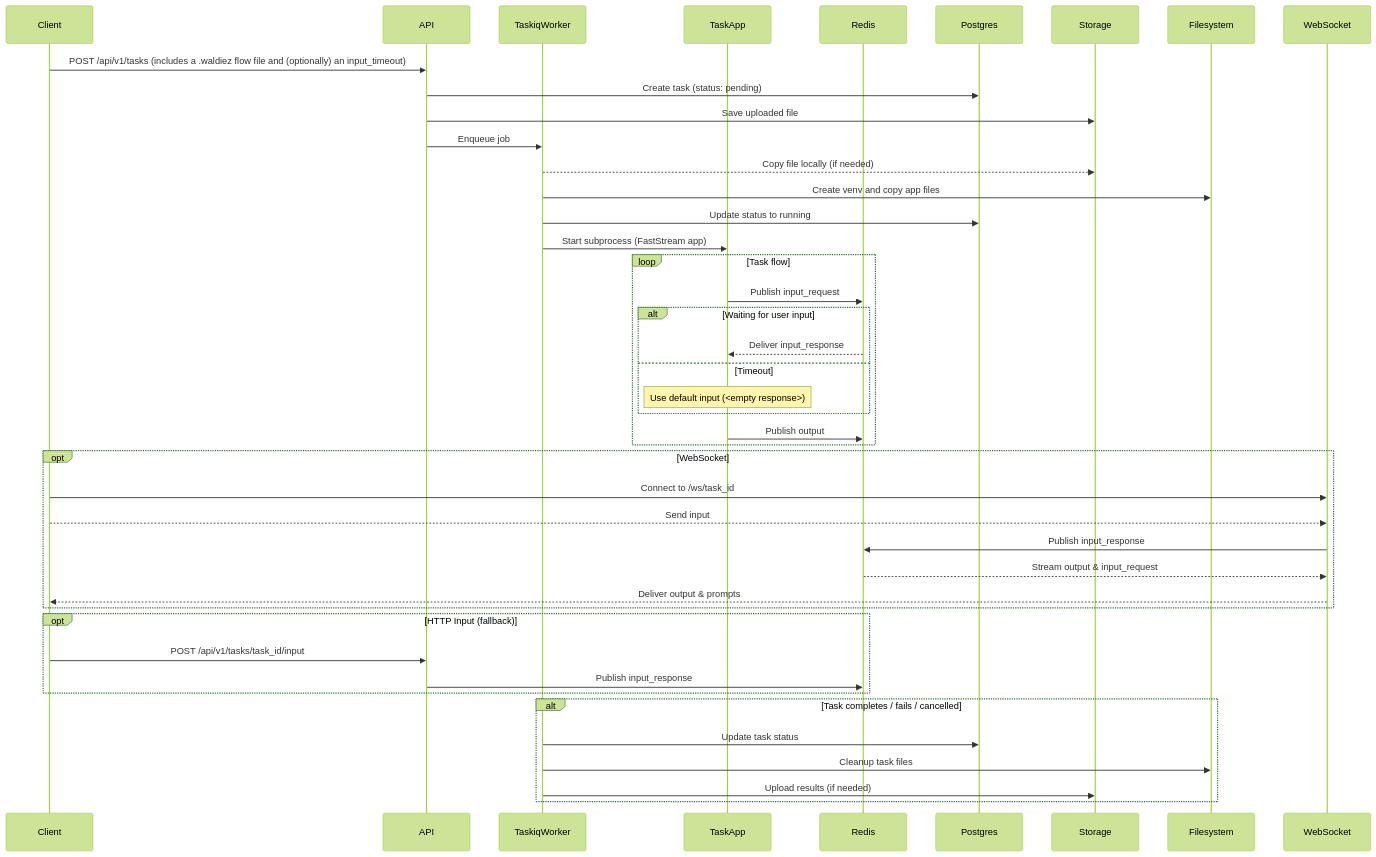
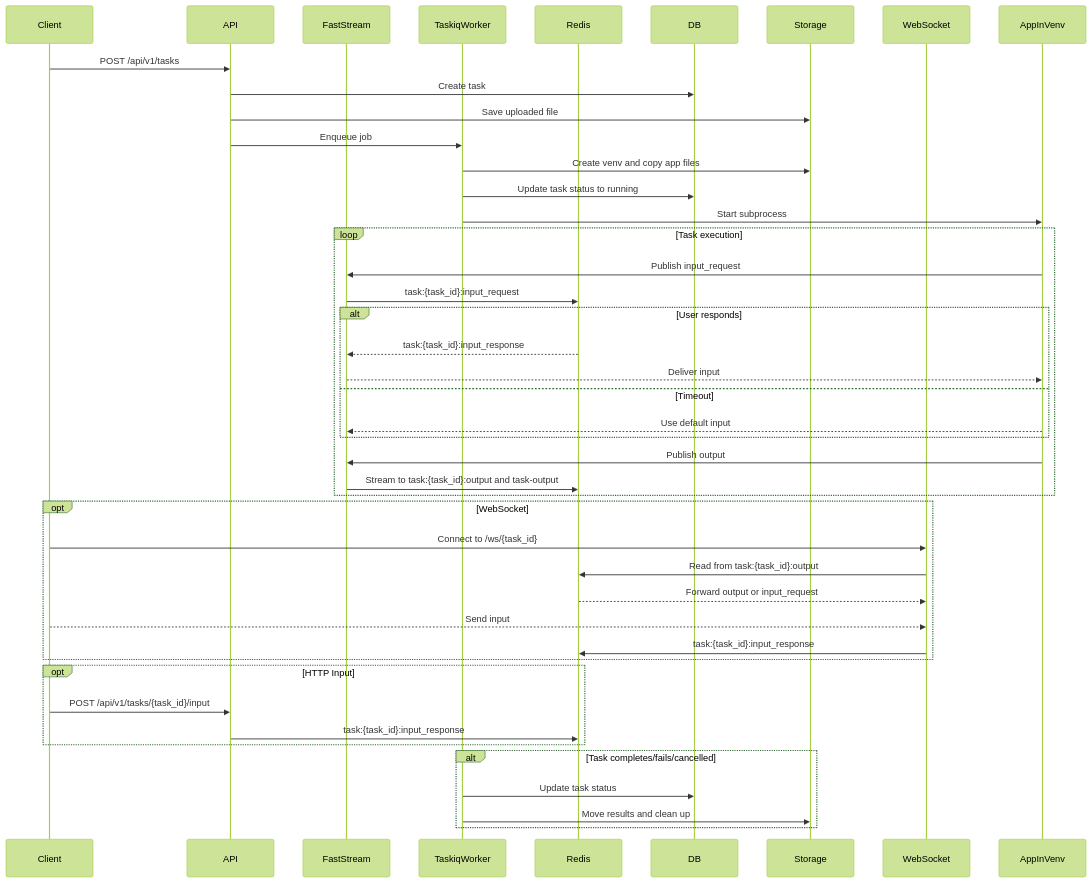
Before and after one commit to waldiez/runner: the diagram in CONTRIBUTING.md, drawn with Mermaid (forest theme).

````diff
--- a/CONTRIBUTING.md
+++ b/CONTRIBUTING.md
@@ -52,51 +51,54 @@
 ```mermaid
 sequenceDiagram
     participant Client
     participant API
+    participant FastStream
     participant TaskiqWorker
-    participant TaskApp
     participant Redis
-    participant Postgres
+    participant DB
     participant Storage
-    participant Filesystem
     participant WebSocket
+    participant AppInVenv
 
-    Client->>API: POST /api/v1/tasks (includes a .waldiez flow file and (optionally) an input_timeout)
-    API->>Postgres: Create task (status: pending)
+    Client->>API: POST /api/v1/tasks
+    API->>DB: Create task
     API->>Storage: Save uploaded file
     API->>TaskiqWorker: Enqueue job
 
-    TaskiqWorker-->>Storage: Copy file locally (if needed)
-    TaskiqWorker->>Filesystem: Create venv and copy app files
-    TaskiqWorker->>Postgres: Update status to running
-    TaskiqWorker->>TaskApp: Start subprocess (FastStream app)
+    TaskiqWorker->>Storage: Create venv and copy app files
+    TaskiqWorker->>DB: Update task status to running
+    TaskiqWorker->>AppInVenv: Start subprocess
 
-    loop Task flow
-        TaskApp->>Redis: Publish input_request
-        alt Waiting for user input
-            Redis-->>TaskApp: Deliver input_response
+    loop Task execution
+        AppInVenv->>FastStream: Publish input_request
+        FastStream->>Redis: task:{task_id}:input_request
+
+        alt User responds
+            Redis-->>FastStream: task:{task_id}:input_response
+            FastStream-->>AppInVenv: Deliver input
         else Timeout
-            Note over TaskApp: Use default input (<empty response>)
+            AppInVenv-->>FastStream: Use default input
         end
-        TaskApp->>Redis: Publish output
+
+        AppInVenv->>FastStream: Publish output
+        FastStream->>Redis: Stream to task:{task_id}:output and task-output
     end
 
     opt WebSocket
-        Client->>WebSocket: Connect to /ws/task_id
+        Client->>WebSocket: Connect to /ws/{task_id}
+        WebSocket->>Redis: Read from task:{task_id}:output
+        Redis-->>WebSocket: Forward output or input_request
         Client-->>WebSocket: Send input
-        WebSocket->>Redis: Publish input_response
-        Redis-->>WebSocket: Stream output & input_request
-        WebSocket-->>Client: Deliver output & prompts
+        WebSocket->>Redis: task:{task_id}:input_response
     end
 
-    opt HTTP Input (fallback)
-        Client->>API: POST /api/v1/tasks/task_id/input
-        API->>Redis: Publish input_response
+    opt HTTP Input
+        Client->>API: POST /api/v1/tasks/{task_id}/input
+        API->>Redis: task:{task_id}:input_response
     end
 
-    alt Task completes / fails / cancelled
-        TaskiqWorker->>Postgres: Update task status
-        TaskiqWorker->>Filesystem: Cleanup task files
-        TaskiqWorker->>Storage: Upload results (if needed)
+    alt Task completes/fails/cancelled
+        TaskiqWorker->>DB: Update task status
+        TaskiqWorker->>Storage: Move results and clean up
     end
 ```
````
